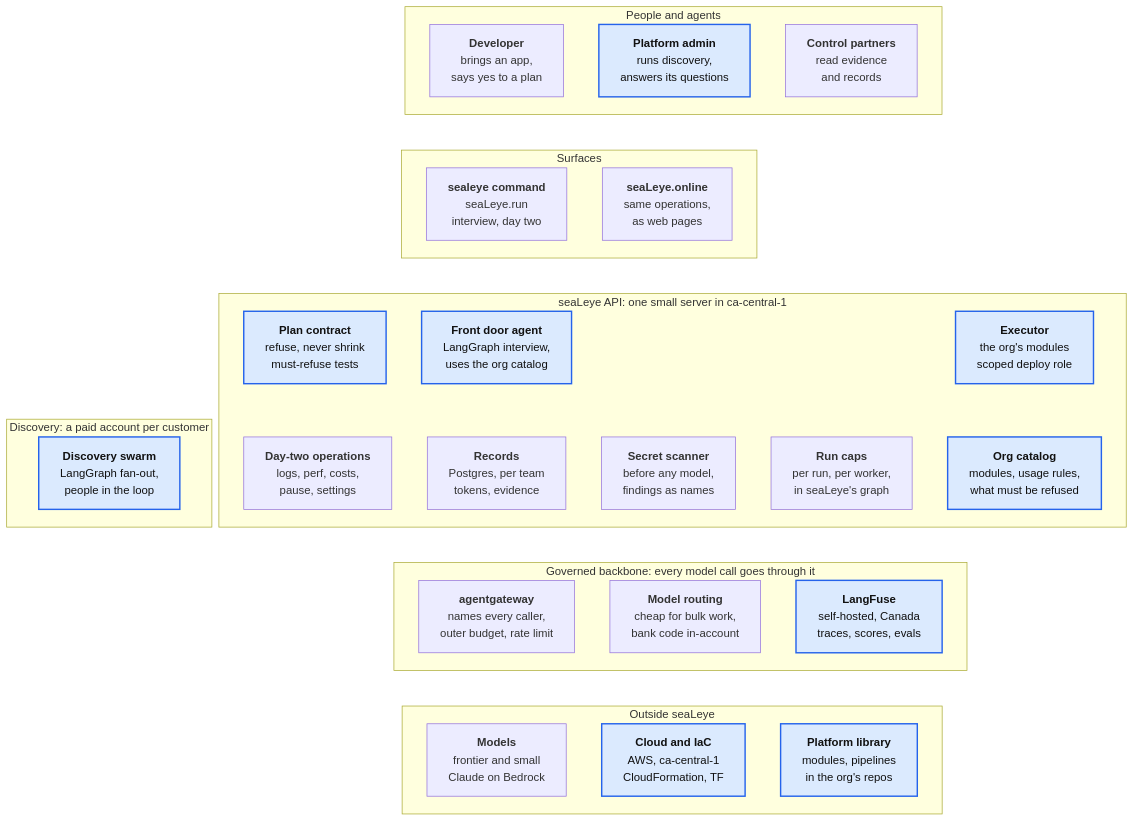
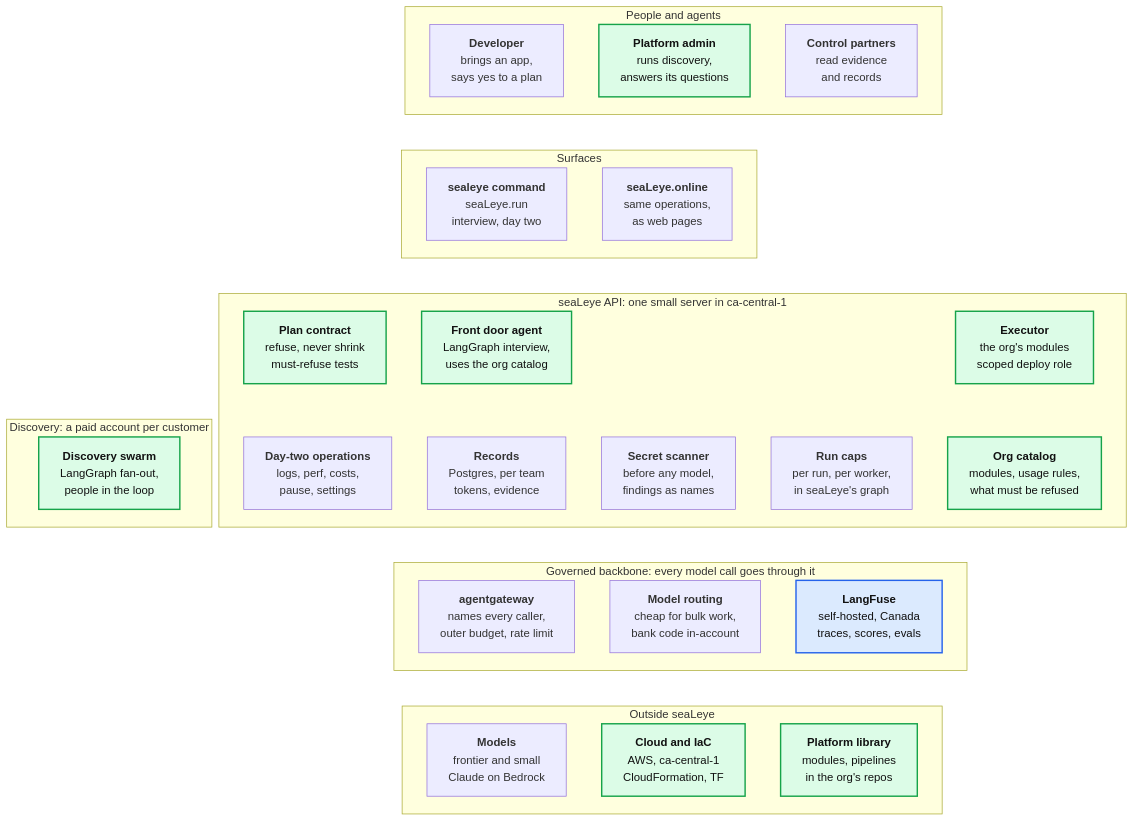
Before and after one commit to GregKliewer/sealeye: the fifth of 12 diagrams in docs/BUILD-OUT.md, drawn with Mermaid. The commit also changed other lines of this file and 4 other files, not shown here.

````diff
--- a/docs/BUILD-OUT.md
+++ b/docs/BUILD-OUT.md
@@ -151,44 +153,46 @@
 ```mermaid
 flowchart TB
   subgraph people["People and agents"]
     dev["<b>Developer</b><br/>brings an app,<br/>says yes to a plan"]
     admin["<b>Platform admin</b><br/>runs discovery,<br/>answers its questions"]
     control["<b>Control partners</b><br/>read evidence<br/>and records"]
   end
   subgraph surfaces["Surfaces"]
     cli["<b>sealeye command</b><br/>seaLeye.run<br/>interview, day two"]
     portal["<b>seaLeye.online</b><br/>same operations,<br/>as web pages"]
   end
   dev ~~~ cli
   subgraph api["seaLeye API: one small server in ca-central-1"]
     frontdoor["<b>Front door agent</b><br/>LangGraph interview,<br/>uses the org catalog"]
     contract["<b>Plan contract</b><br/>refuse, never shrink<br/>must-refuse tests"]
     executor["<b>Executor</b><br/>the org's modules<br/>scoped deploy role"]
     daytwo["<b>Day-two operations</b><br/>logs, perf, costs,<br/>pause, settings"]
     records["<b>Records</b><br/>Postgres, per team<br/>tokens, evidence"]
     scanner["<b>Secret scanner</b><br/>before any model,<br/>findings as names"]
     caps["<b>Run caps</b><br/>per run, per worker,<br/>in seaLeye's graph"]
     catalog["<b>Org catalog</b><br/>modules, usage rules,<br/>what must be refused"]
   end
   subgraph discoveryacct["Discovery: a paid account per customer"]
     discovery["<b>Discovery swarm</b><br/>LangGraph fan-out,<br/>people in the loop"]
   end
   frontdoor ~~~ records
   contract ~~~ discovery
   executor ~~~ catalog
   cli ~~~ frontdoor
   subgraph backbone["Governed backbone: every model call goes through it"]
     gateway["<b>agentgateway</b><br/>names every caller,<br/>outer budget, rate limit"]
     routing["<b>Model routing</b><br/>cheap for bulk work,<br/>bank code in-account"]
     langfuse["<b>LangFuse</b><br/>self-hosted, Canada<br/>traces, scores, evals"]
   end
   records ~~~ gateway
   subgraph outside["Outside seaLeye"]
     models["<b>Models</b><br/>frontier and small<br/>Claude on Bedrock"]
     cloud["<b>Cloud and IaC</b><br/>AWS, ca-central-1<br/>CloudFormation, TF"]
     library["<b>Platform library</b><br/>modules, pipelines<br/>in the org's repos"]
   end
   gateway ~~~ models
   classDef new fill:#dbeafe,stroke:#2563eb,stroke-width:2px,color:#111
-  class admin,catalog,cloud,contract,discovery,executor,frontdoor,langfuse,library new
+  classDef built fill:#dcfce7,stroke:#16a34a,stroke-width:2px,color:#111
+  class langfuse new
+  class admin,catalog,cloud,contract,discovery,executor,frontdoor,library built
 ```
````
